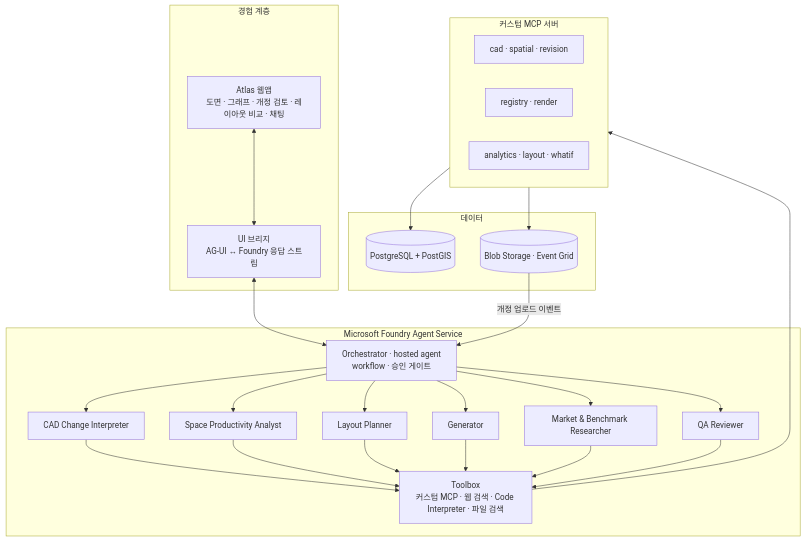
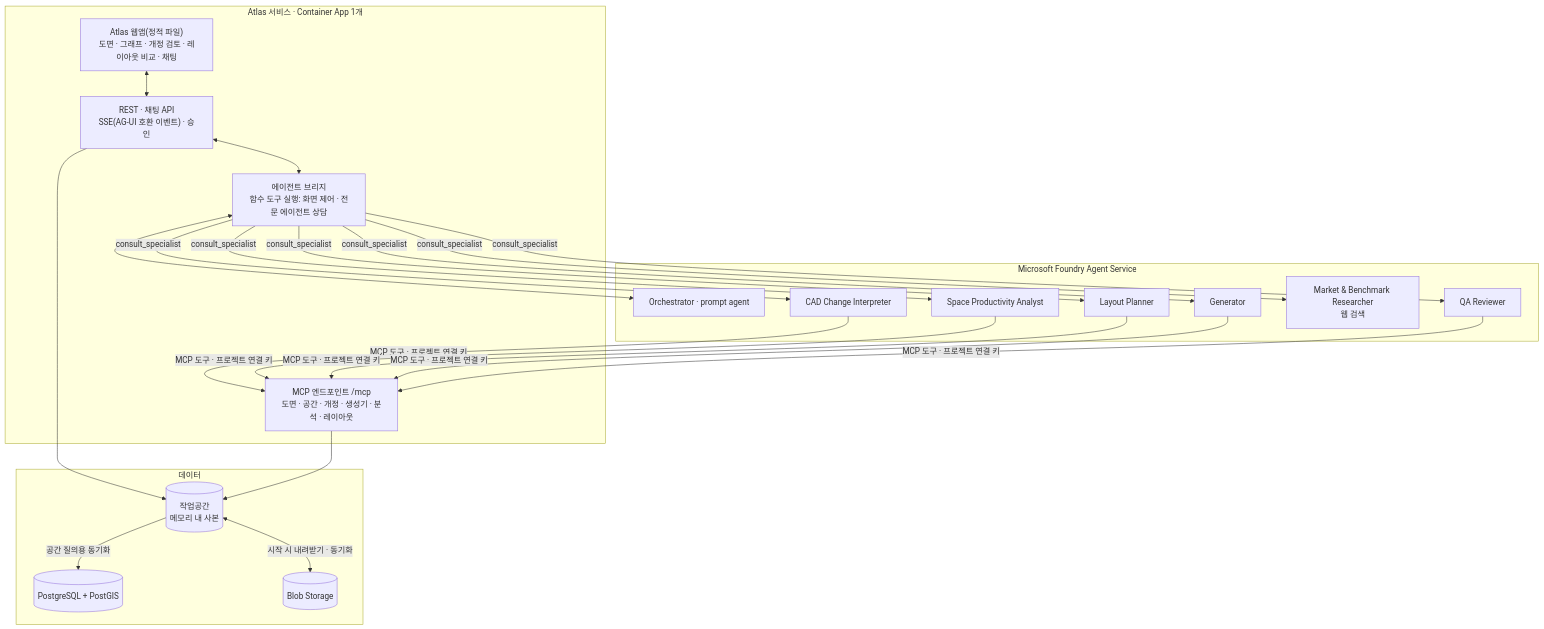
The diagram in docs/architecture.md (EON-LEE/hd-cad2anything), drawn with Mermaid before and after one commit. The commit also changed other lines of this file and 9 other files, not shown here.

First line of the commit message:
feat(services): serve Atlas web, API, and MCP from one container app

````diff
--- a/docs/architecture.md
+++ b/docs/architecture.md
@@ -16,32 +16,29 @@
 ```mermaid
 flowchart TB
-    subgraph EXP["경험 계층"]
-        UI["Atlas 웹앱<br/>도면 · 그래프 · 개정 검토 · 레이아웃 비교 · 채팅"]
-        BR["UI 브리지<br/>AG-UI ↔ Foundry 응답 스트림"]
+    subgraph ATLAS["Atlas 서비스 · Container App 1개"]
+        UI["Atlas 웹앱(정적 파일)<br/>도면 · 그래프 · 개정 검토 · 레이아웃 비교 · 채팅"]
+        API["REST · 채팅 API<br/>SSE(AG-UI 호환 이벤트) · 승인"]
+        BR["에이전트 브리지<br/>함수 도구 실행: 화면 제어 · 전문 에이전트 상담"]
+        MCP["MCP 엔드포인트 /mcp<br/>도면 · 공간 · 개정 · 생성기 · 분석 · 레이아웃"]
     end
     subgraph FDY["Microsoft Foundry Agent Service"]
-        ORC["Orchestrator · hosted agent<br/>workflow · 승인 게이트"]
+        ORC["Orchestrator · prompt agent"]
         A1["CAD Change Interpreter"]
         A2["Space Productivity Analyst"]
         A3["Layout Planner"]
         A4["Generator"]
-        A5["Market & Benchmark Researcher"]
+        A5["Market & Benchmark Researcher<br/>웹 검색"]
         A6["QA Reviewer"]
-        TBX["Toolbox<br/>커스텀 MCP · 웹 검색 · Code Interpreter · 파일 검색"]
-    end
-    subgraph MCP["커스텀 MCP 서버"]
-        M1["cad · spatial · revision"]
-        M2["registry · render"]
-        M3["analytics · layout · whatif"]
     end
     subgraph DATA["데이터"]
+        WS[("작업공간<br/>메모리 내 사본")]
         PG[("PostgreSQL + PostGIS")]
-        BLOB[("Blob Storage · Event Grid")]
+        BLOB[("Blob Storage")]
     end
-    UI <--> BR <--> ORC
-    ORC --> A1 & A2 & A3 & A4 & A5 & A6
-    A1 & A2 & A3 & A4 & A5 & A6 --> TBX
-    TBX --> MCP
-    MCP --> PG & BLOB
-    BLOB -->|개정 업로드 이벤트| ORC
+    UI <--> API <--> BR <--> ORC
+    BR -->|consult_specialist| A1 & A2 & A3 & A4 & A5 & A6
+    A1 & A2 & A3 & A4 & A6 -->|MCP 도구 · 프로젝트 연결 키| MCP
+    API & MCP --> WS
+    WS <-->|시작 시 내려받기 · 동기화| BLOB
+    WS -->|공간 질의용 동기화| PG
 ```
````
